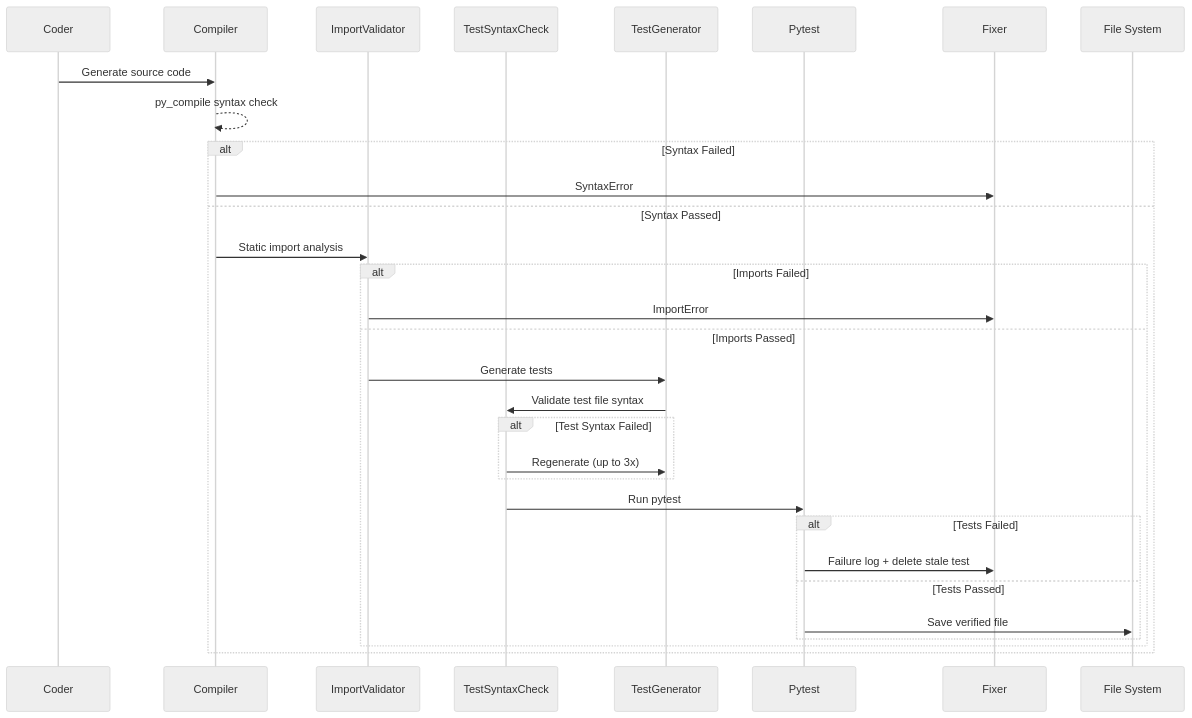
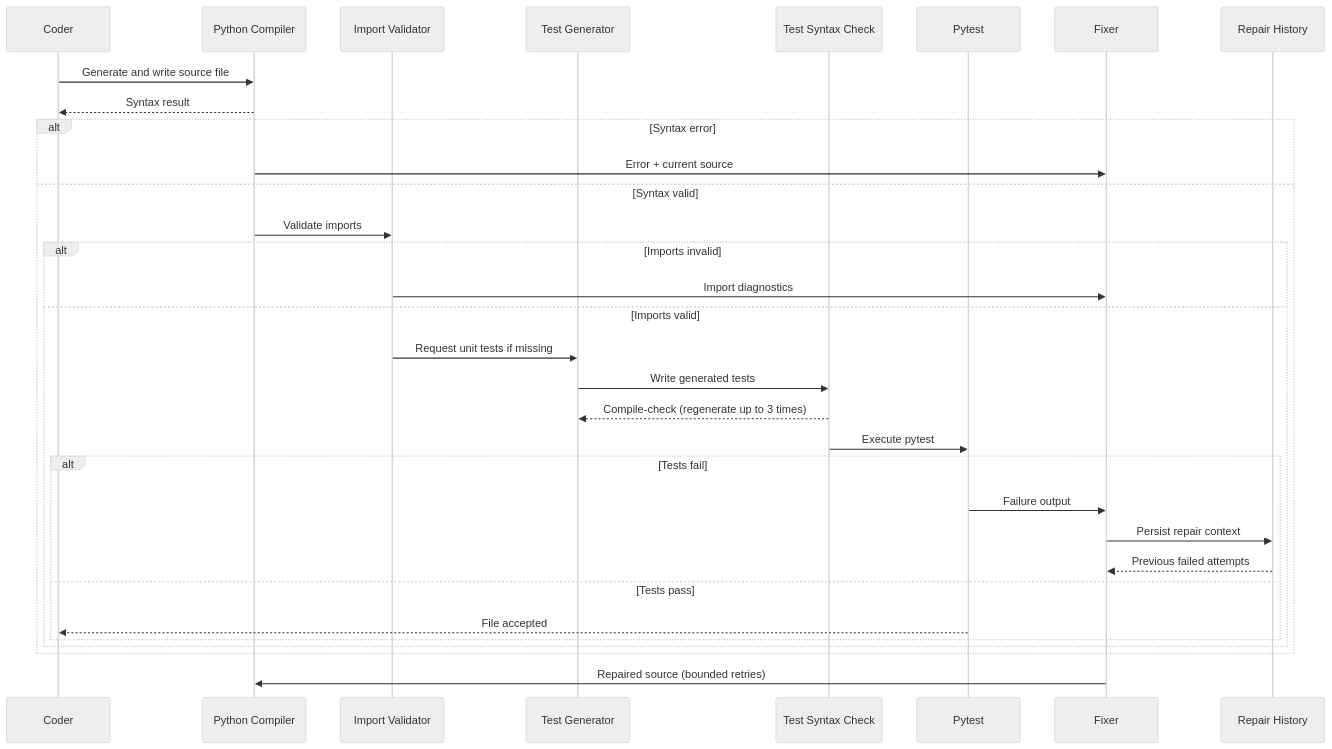
Before and after one commit to ShreyanshShakya/agentforge: the second of 4 diagrams in README.md, drawn with Mermaid (neutral theme). The commit also changed other lines of this file, not shown here.

Commit message:
Add AgentForge system, autonomous and validation architecture diagrams

````diff
--- a/README.md
+++ b/README.md
@@ -435,33 +431,35 @@
 ```mermaid
 sequenceDiagram
-    participant Coder
-    participant Compiler
-    participant ImportValidator
-    participant TestSyntaxCheck
-    participant TestGenerator
-    participant Pytest
-    participant Fixer
+  participant C as Coder
+  participant CP as Python Compiler
+  participant IV as Import Validator
+  participant TG as Test Generator
+  participant TS as Test Syntax Check
+  participant PT as Pytest
+  participant F as Fixer
+  participant RH as Repair History
 
-    Coder->>Compiler: Generate source code
-    Compiler-->>Compiler: py_compile syntax check
-    alt Syntax Failed
-        Compiler->>Fixer: SyntaxError
-    else Syntax Passed
-        Compiler->>ImportValidator: Static import analysis
-        alt Imports Failed
-            ImportValidator->>Fixer: ImportError
-        else Imports Passed
-            ImportValidator->>TestGenerator: Generate tests
-            TestGenerator->>TestSyntaxCheck: Validate test file syntax
-            alt Test Syntax Failed
-                TestSyntaxCheck->>TestGenerator: Regenerate (up to 3x)
-            end
-            TestSyntaxCheck->>Pytest: Run pytest
-            alt Tests Failed
-                Pytest->>Fixer: Failure log + delete stale test
-            else Tests Passed
-                Pytest->>File System: Save verified file
-            end
-        end
+  C->>CP: Generate and write source file
+  CP-->>C: Syntax result
+  alt Syntax error
+    CP->>F: Error + current source
+  else Syntax valid
+    CP->>IV: Validate imports
+    alt Imports invalid
+      IV->>F: Import diagnostics
+    else Imports valid
+      IV->>TG: Request unit tests if missing
+      TG->>TS: Write generated tests
+      TS-->>TG: Compile-check (regenerate up to 3 times)
+      TS->>PT: Execute pytest
+      alt Tests fail
+        PT->>F: Failure output
+        F->>RH: Persist repair context
+        RH-->>F: Previous failed attempts
+      else Tests pass
+        PT-->>C: File accepted
+      end
     end
+  end
+  F->>CP: Repaired source (bounded retries)
 ```
````
